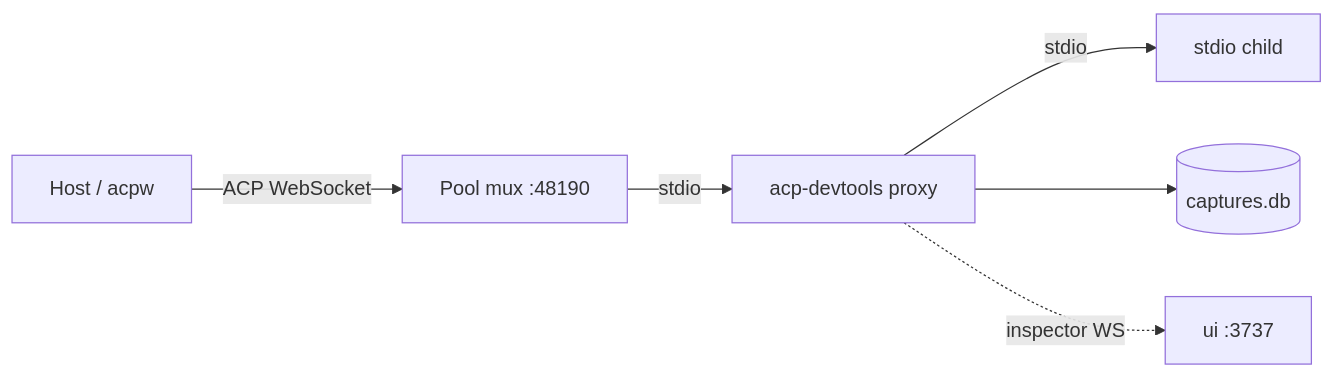
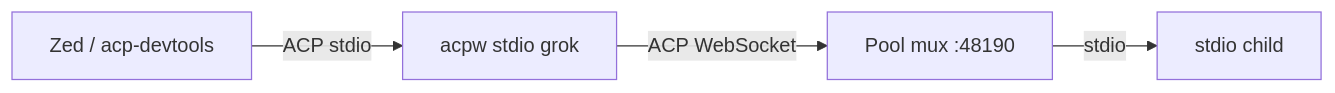
The third of 3 diagrams in README.md (ticoAg/acp-workers), drawn with Mermaid before and after one commit. The commit also changed other lines of this file and 15 other files, not shown here.

First line of the commit message:
Expose the pool as a standard ACP stdio agent.

````diff
--- a/README.md
+++ b/README.md
@@ -102,15 +102,11 @@
 ```mermaid
 flowchart LR
-    Host["Host / acpw"]
+    Client["Zed / acp-devtools"]
+    Stdio["acpw stdio grok"]
     Mux["Pool mux  :48190"]
-    Proxy["acp-devtools proxy"]
     Child["stdio child"]
-    UI["ui  :3737"]
-    DB[("captures.db")]
 
-    Host -->|"ACP WebSocket"| Mux
-    Mux -->|"stdio"| Proxy
-    Proxy -->|"stdio"| Child
-    Proxy --> DB
-    Proxy -.->|"inspector WS"| UI
+    Client -->|"ACP stdio"| Stdio
+    Stdio -->|"ACP WebSocket"| Mux
+    Mux -->|"stdio"| Child
 ```
````
